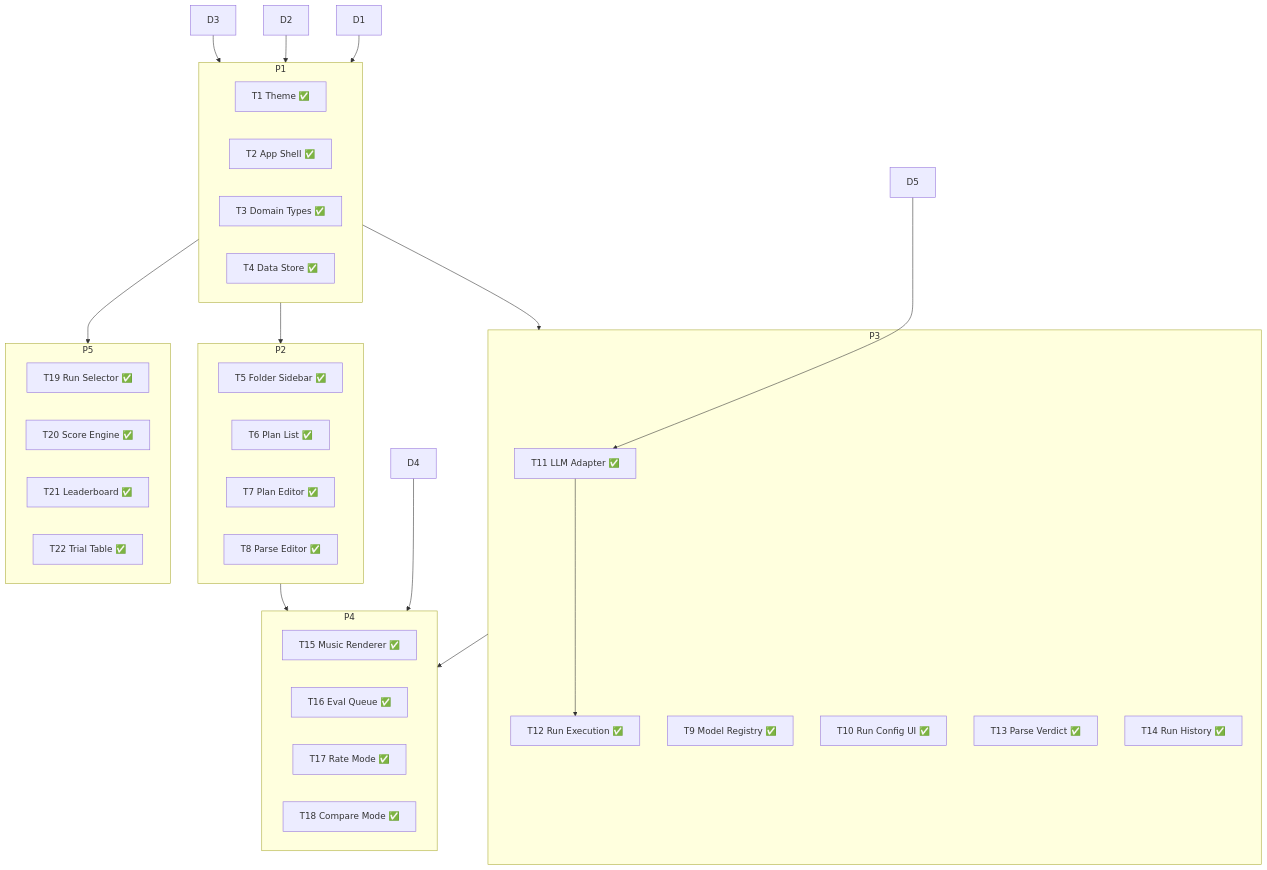
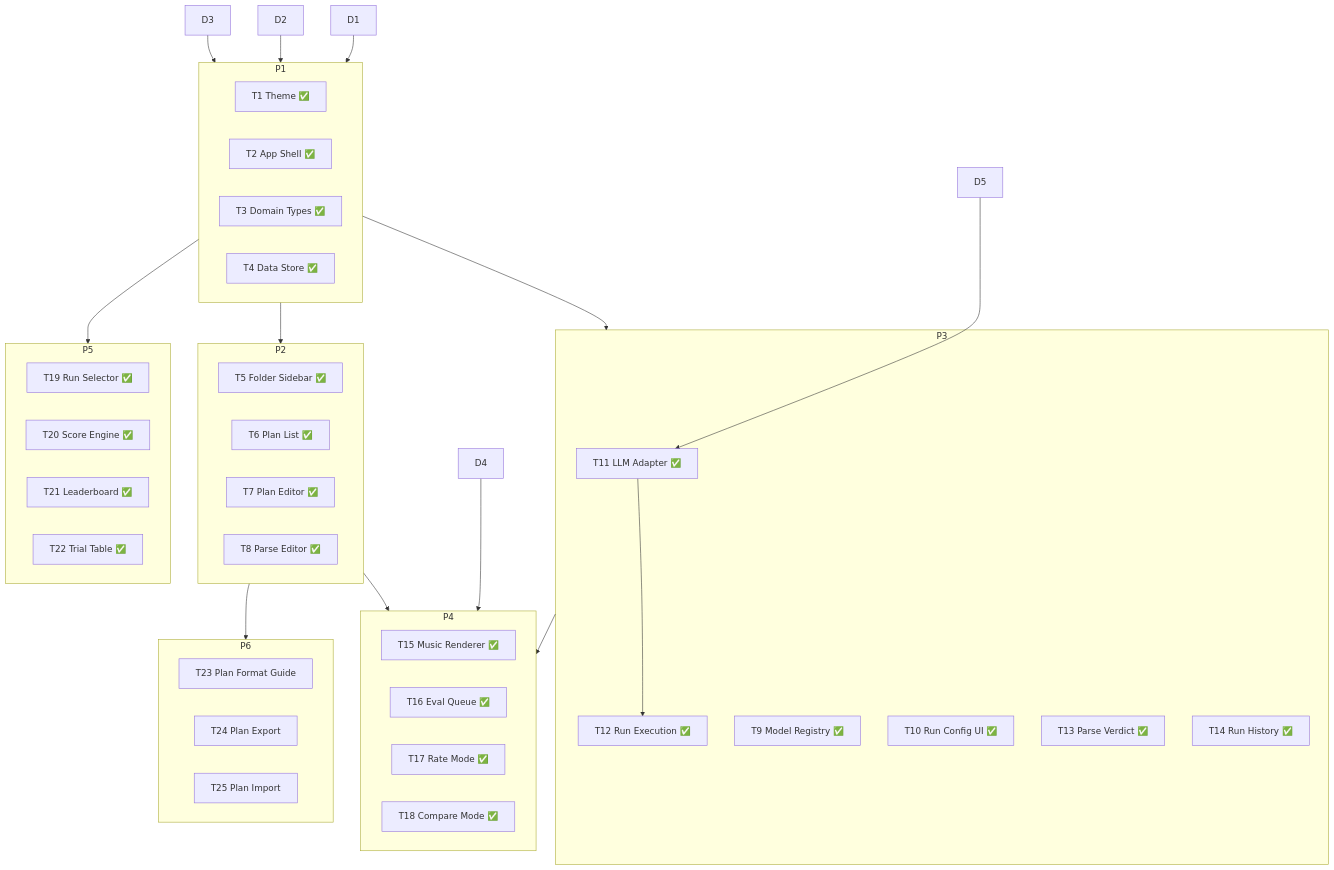
Before and after one commit to joelbreit/music-bench: the diagram in docs/roadmap.md, drawn with Mermaid. The commit also changed other lines of this file and 2 other files, not shown here.

Commit message:
T23 — Plan Format Guide

````diff
--- a/docs/roadmap.md
+++ b/docs/roadmap.md
@@ -61,50 +61,57 @@
 ```mermaid
 graph TD
     D1 & D2 & D3 --> P1
 
     P1[Phase 1: Foundation] --> P2[Phase 2: Build]
     P1 --> P3[Phase 3: Run]
     P1 --> P5[Phase 5: Explore]
     D4 --> P4[Phase 4: Evaluate]
     P2 --> P4
     P3 --> P4
     D5 --> T11
     T11 --> T12
+    P2 --> P6[Phase 6: Import/Export]
 
     subgraph P1
         T1[T1 Theme ✅]
         T2[T2 App Shell ✅]
         T3[T3 Domain Types ✅]
         T4[T4 Data Store ✅]
     end
 
     subgraph P2
         T5[T5 Folder Sidebar ✅]
         T6[T6 Plan List ✅]
         T7[T7 Plan Editor ✅]
         T8[T8 Parse Editor ✅]
     end
 
     subgraph P3
         T9[T9 Model Registry ✅]
         T10[T10 Run Config UI ✅]
         T11[T11 LLM Adapter ✅]
         T12[T12 Run Execution ✅]
         T13[T13 Parse Verdict ✅]
         T14[T14 Run History ✅]
     end
 
     subgraph P4
         T15[T15 Music Renderer ✅]
         T16[T16 Eval Queue ✅]
         T17[T17 Rate Mode ✅]
         T18[T18 Compare Mode ✅]
     end
 
     subgraph P5
         T19[T19 Run Selector ✅]
         T20[T20 Score Engine ✅]
         T21[T21 Leaderboard ✅]
         T22[T22 Trial Table ✅]
     end
+
+    subgraph P6
+        T23[T23 Plan Format Guide]
+        T24[T24 Plan Export]
+        T25[T25 Plan Import]
+    end
 ```
````
